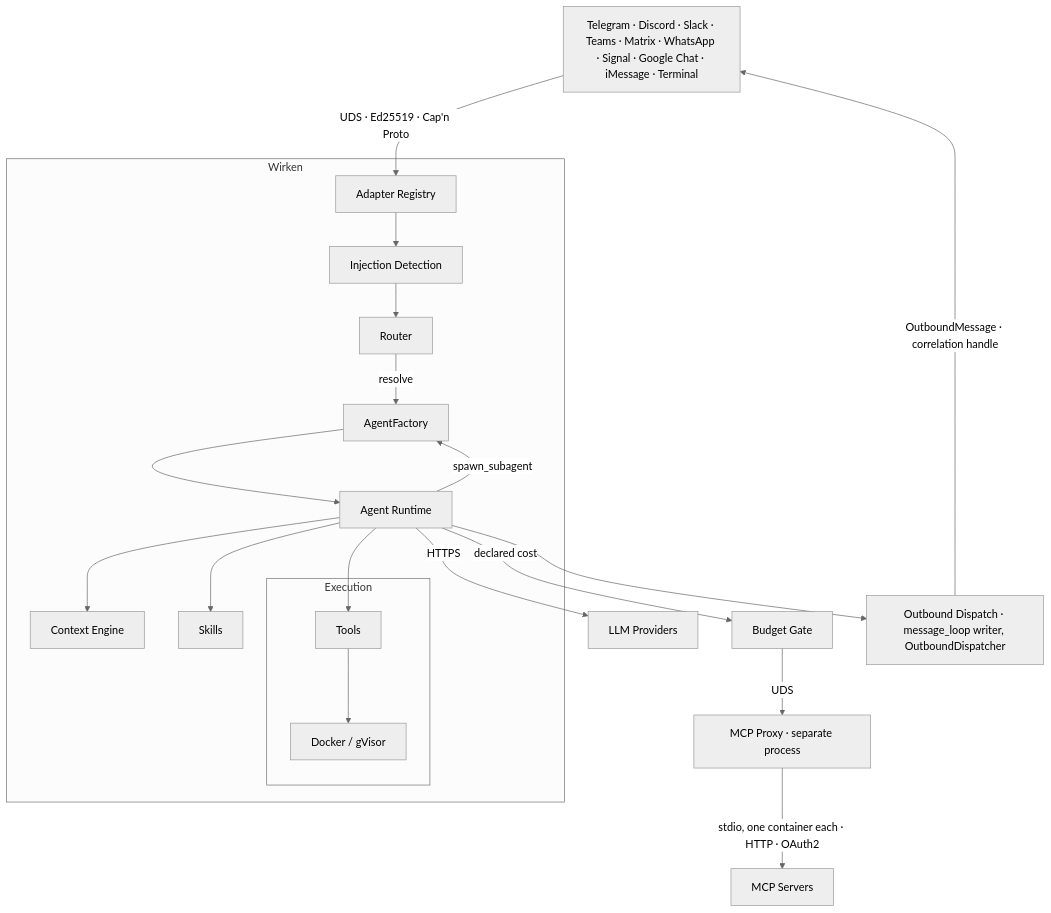
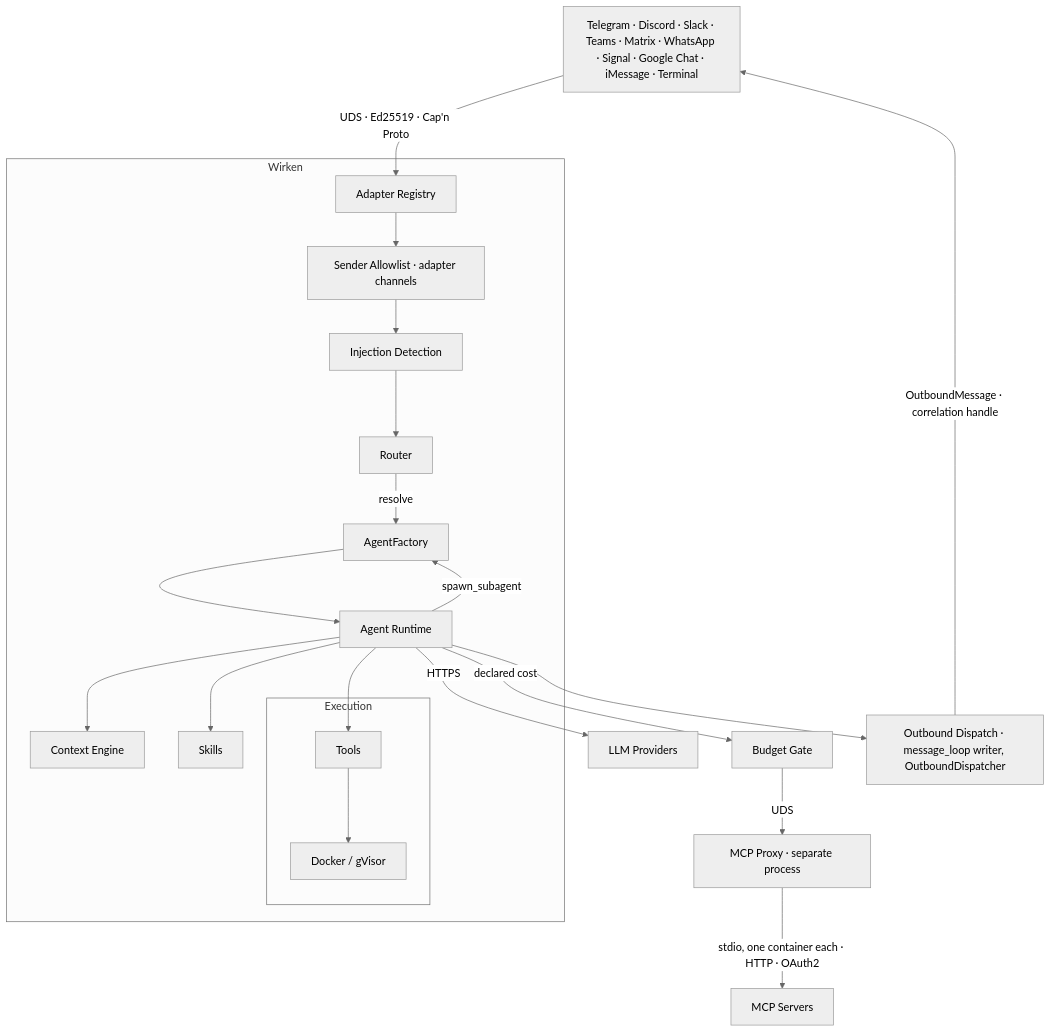
Before and after one commit to gebruder/wirken: the first of 2 diagrams in README.md, drawn with Mermaid (neutral theme). The commit also changed 28 other files, not shown here.

````diff
--- a/README.md
+++ b/README.md
@@ -166,28 +166,29 @@
 ```mermaid
 graph TD
     Channels["Telegram · Discord · Slack · Teams · Matrix · WhatsApp · Signal · Google Chat · iMessage · Terminal"]
     Channels -- "UDS · Ed25519 · Cap'n Proto" --> Registry[Adapter Registry]
 
     subgraph Wirken
-        Registry --> Detect[Injection Detection]
+        Registry --> Senders["Sender Allowlist · adapter channels"]
+        Senders --> Detect[Injection Detection]
         Detect --> Router
         Router -- "resolve" --> Factory[AgentFactory]
         Factory --> Agent[Agent Runtime]
         Agent --> Context[Context Engine]
         Agent --> Skills
         Agent --> Tools
 
         subgraph Execution
             Tools --> Sandbox[Docker / gVisor]
         end
     end
 
     Agent -- "spawn_subagent" --> Factory
     Agent -- HTTPS --> LLM[LLM Providers]
     Agent -- "declared cost" --> Budget[Budget Gate]
     Budget -- "UDS" --> McpProxy["MCP Proxy · separate process"]
     McpProxy -- "stdio, one container each · HTTP · OAuth2" --> McpServers[MCP Servers]
 
     Agent --> Outbound["Outbound Dispatch · message_loop writer, OutboundDispatcher"]
     Outbound -- "OutboundMessage · correlation handle" --> Channels
 ```
````
